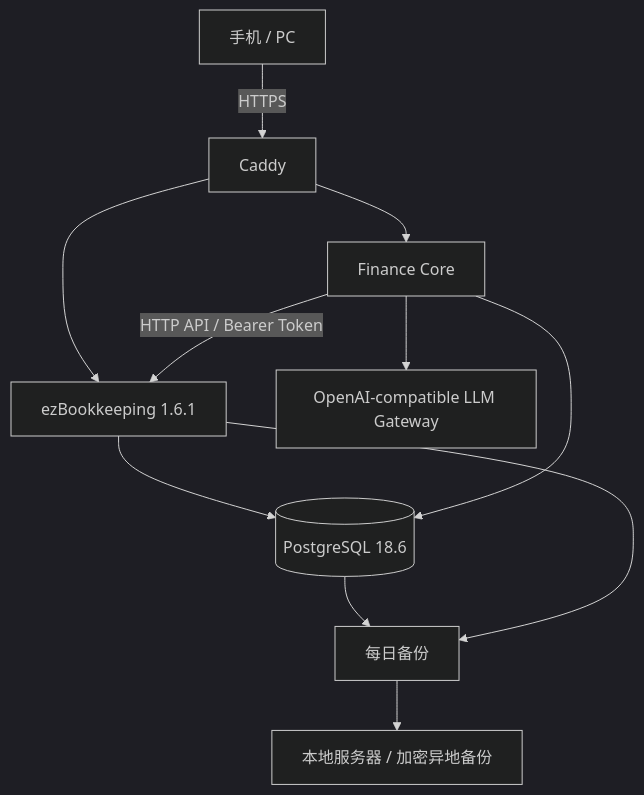
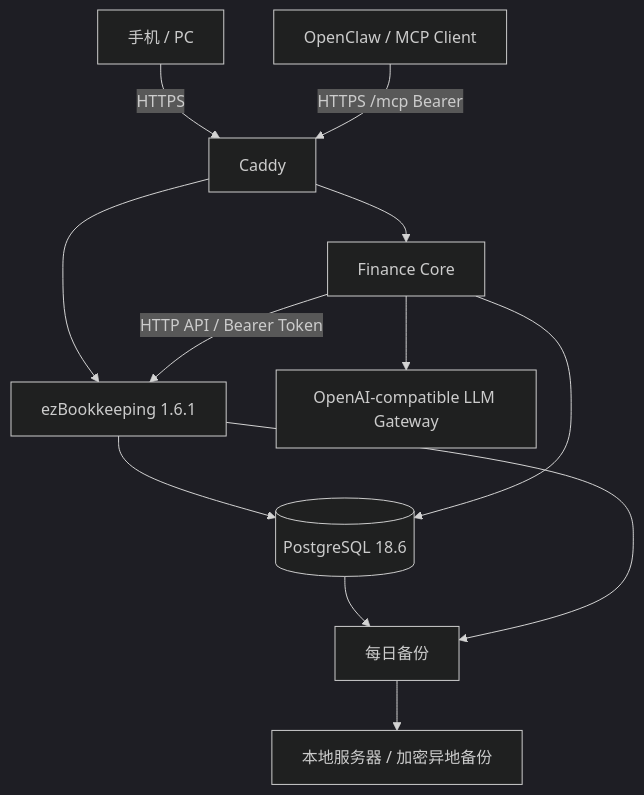
The diagram in README.md (shawnwu2022/family-finance-os), drawn with Mermaid (dark theme) before and after one commit. The commit also changed other lines of this file, not shown here.

````diff
--- a/README.md
+++ b/README.md
@@ -22,13 +35,14 @@
 ```mermaid
 flowchart TD
     U[手机 / PC] -->|HTTPS| C[Caddy]
+    OC[OpenClaw / MCP Client] -->|HTTPS /mcp Bearer| C
     C --> EBK[ezBookkeeping 1.6.1]
     C --> FC[Finance Core]
     EBK --> PG[(PostgreSQL 18.6)]
     FC --> PG
     FC -->|HTTP API / Bearer Token| EBK
     FC --> LLM[OpenAI-compatible LLM Gateway]
     PG --> B[每日备份]
     EBK --> B
     B --> H[本地服务器 / 加密异地备份]
 ```
````
